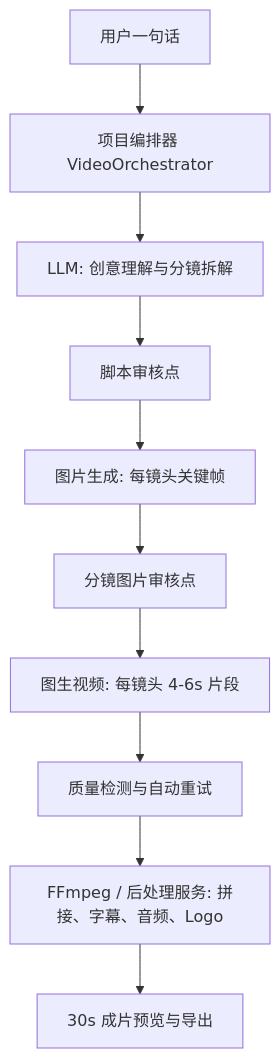
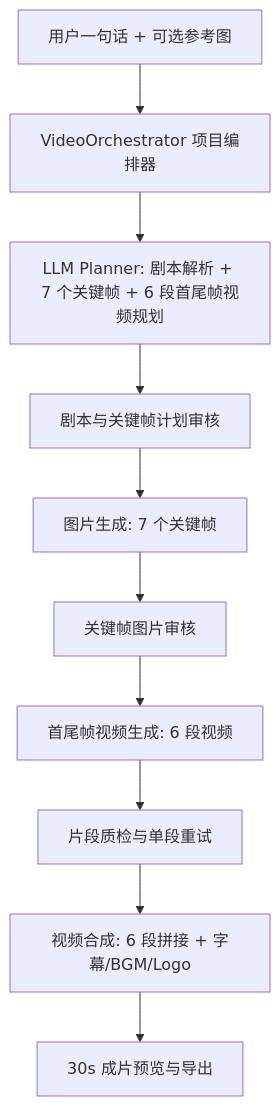
The diagram in docs/one-prompt-30s-video-workflow.md (Samuel521199/RenYiMen), drawn with Mermaid before and after one commit. The commit also changed other lines of this file and 11 other files, not shown here.

````diff
--- a/docs/one-prompt-30s-video-workflow.md
+++ b/docs/one-prompt-30s-video-workflow.md
@@ -42,12 +67,12 @@
 ```mermaid
 flowchart TD
-  A["用户一句话"] --> B["项目编排器 VideoOrchestrator"]
-  B --> C["LLM: 创意理解与分镜拆解"]
-  C --> D["脚本审核点"]
-  D --> E["图片生成: 每镜头关键帧"]
-  E --> F["分镜图片审核点"]
-  F --> G["图生视频: 每镜头 4-6s 片段"]
-  G --> H["质量检测与自动重试"]
-  H --> I["FFmpeg / 后处理服务: 拼接、字幕、音频、Logo"]
+  A["用户一句话 + 可选参考图"] --> B["VideoOrchestrator 项目编排器"]
+  B --> C["LLM Planner: 剧本解析 + 7 个关键帧 + 6 段首尾帧视频规划"]
+  C --> D["剧本与关键帧计划审核"]
+  D --> E["图片生成: 7 个关键帧"]
+  E --> F["关键帧图片审核"]
+  F --> G["首尾帧视频生成: 6 段视频"]
+  G --> H["片段质检与单段重试"]
+  H --> I["视频合成: 6 段拼接 + 字幕/BGM/Logo"]
   I --> J["30s 成片预览与导出"]
 ```
````
